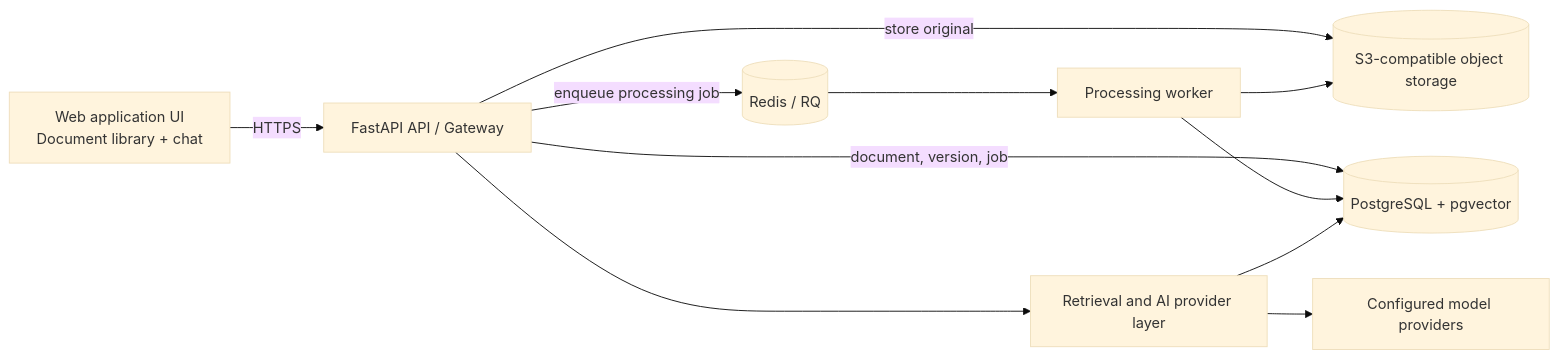
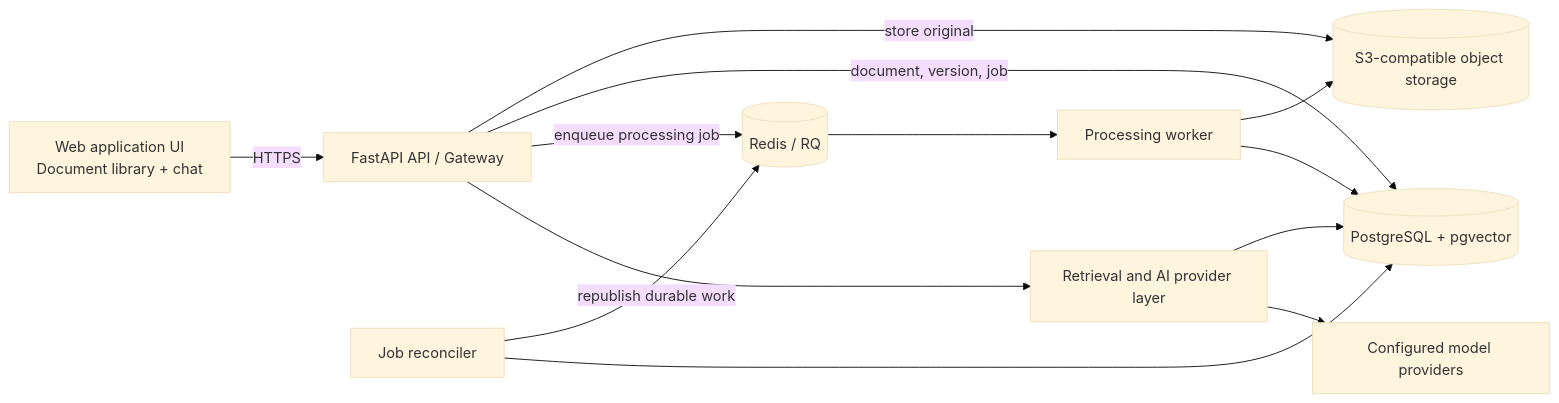
One commit to dpogarcic/document_insight changed the diagram in docs/ARCHITECTURE.md. Above: the diagram before and after it, drawn with Mermaid (base theme). The commit also changed other lines of this file and 13 other files, not shown here.

````diff
--- a/docs/ARCHITECTURE.md
+++ b/docs/ARCHITECTURE.md
@@ -14,13 +14,15 @@
 ```mermaid
 flowchart LR
     UI[Web application UI\nDocument library + chat] -->|HTTPS| API[FastAPI API / Gateway]
     API -->|store original| OBJ[(S3-compatible object storage)]
     API -->|document, version, job| DB[(PostgreSQL + pgvector)]
     API -->|enqueue processing job| Q[(Redis / RQ)]
     Q --> W[Processing worker]
+    RC[Job reconciler] -->|republish durable work| Q
+    RC --> DB
     W --> OBJ
     W --> DB
     API --> R[Retrieval and AI provider layer]
     R --> DB
     R --> M[Configured model providers]
 ```
````
